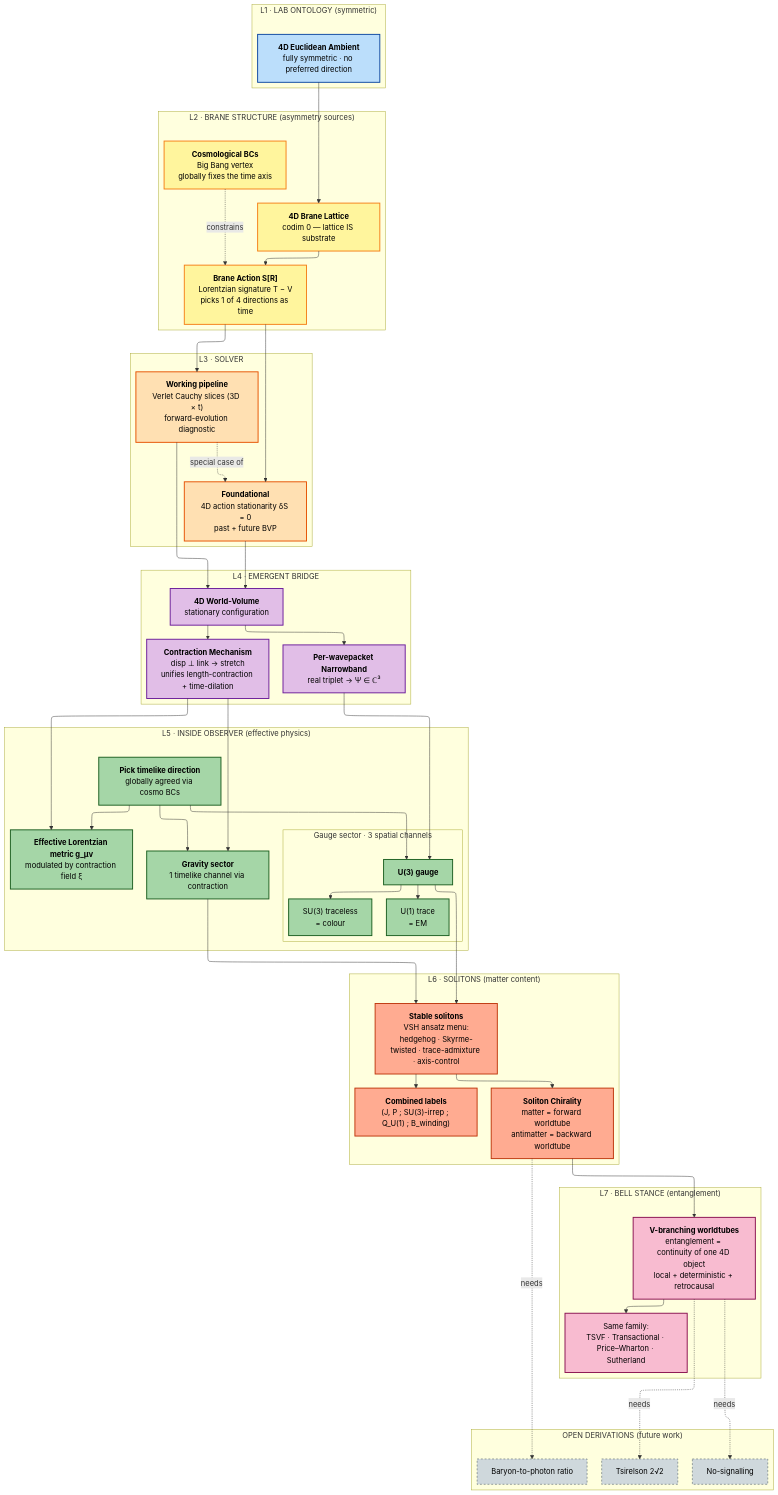
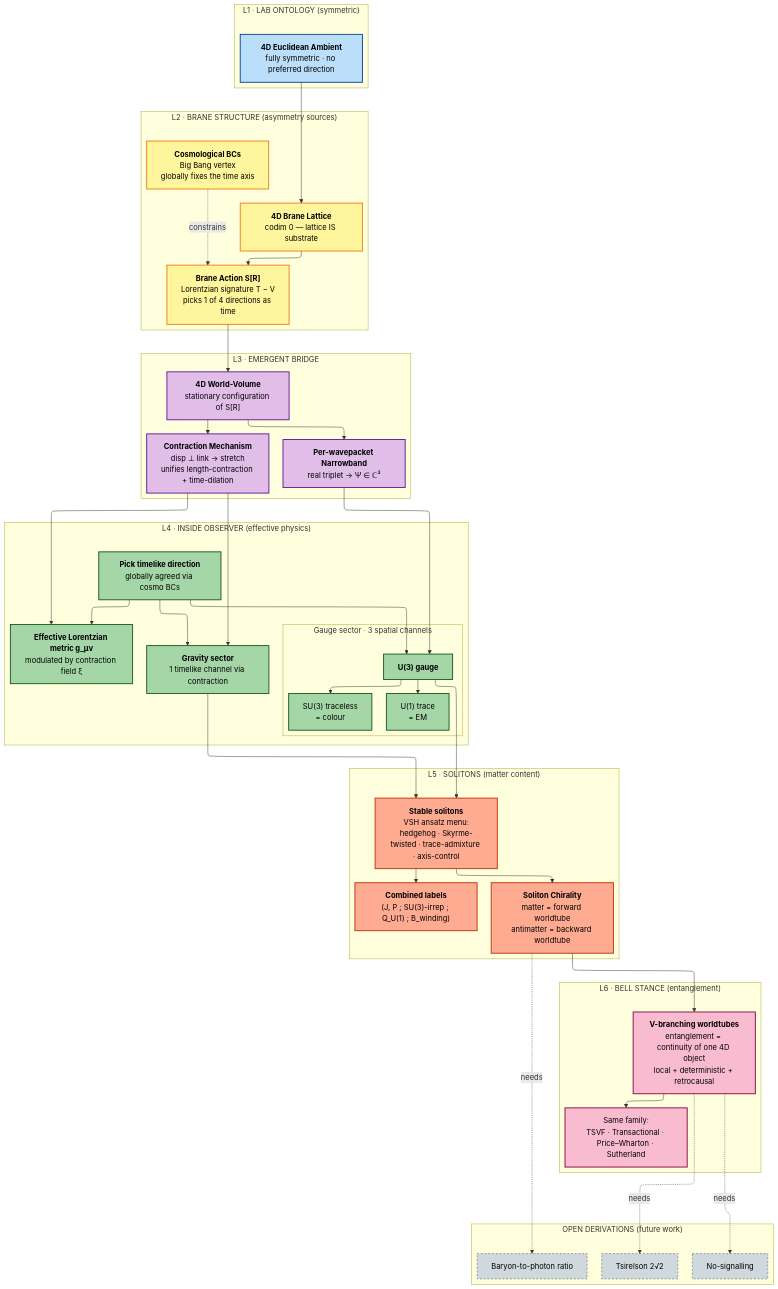
The diagram in paper/diagrams/theory_structure.mmd (LukasMolzberger/BraneSim), drawn with Mermaid before and after one commit. The commit also changed 11 other files, not shown here.

```diff
--- a/paper/diagrams/theory_structure.mmd
+++ b/paper/diagrams/theory_structure.mmd
@@ -1,105 +1,95 @@
 ---
 config:
   layout: elk
   elk:
     nodePlacementStrategy: NETWORK_SIMPLEX
 ---
 %% BraneSim Theory Structure — Current State
-%% Top-down: lab-frame ontology → brane structure → solver → emergent bridge → inside observer → solitons → Bell stance
+%% Top-down: lab-frame ontology → brane structure → emergent bridge → inside observer → solitons → Bell stance
+%% Solvers (Verlet etc.) are diagnostic tools, not theory components, and are deliberately absent.
 
 flowchart TB
     classDef lab fill:#bbdefb,stroke:#0d47a1,stroke-width:2px,color:#000
     classDef brane fill:#fff59d,stroke:#f57f17,stroke-width:2px,color:#000
-    classDef solver fill:#ffe0b2,stroke:#e65100,stroke-width:2px,color:#000
     classDef emergent fill:#e1bee7,stroke:#6a1b9a,stroke-width:2px,color:#000
     classDef inside fill:#a5d6a7,stroke:#1b5e20,stroke-width:2px,color:#000
     classDef soliton fill:#ffab91,stroke:#bf360c,stroke-width:2px,color:#000
     classDef bell fill:#f8bbd0,stroke:#880e4f,stroke-width:2px,color:#000
     classDef open fill:#cfd8dc,stroke:#37474f,stroke-width:1px,stroke-dasharray:4 4,color:#000
 
     subgraph L1["L1 · LAB ONTOLOGY (symmetric)"]
         direction TB
         A1["<b>4D Euclidean Ambient</b><br/>fully symmetric · no preferred direction"]:::lab
     end
 
     subgraph L2["L2 · BRANE STRUCTURE (asymmetry sources)"]
         direction TB
         B1["<b>4D Brane Lattice</b><br/>codim 0 — lattice IS substrate"]:::brane
         B2["<b>Brane Action S[R]</b><br/>Lorentzian signature T − V<br/>picks 1 of 4 directions as time"]:::brane
         B3["<b>Cosmological BCs</b><br/>Big Bang vertex<br/>globally fixes the time axis"]:::brane
         B1 --> B2
         B3 -.constrains.-> B2
     end
 
-    subgraph L3["L3 · SOLVER"]
-        direction LR
-        S1["<b>Foundational</b><br/>4D action stationarity δS = 0<br/>past + future BVP"]:::solver
-        S2["<b>Working pipeline</b><br/>Verlet Cauchy slices (3D × t)<br/>forward-evolution diagnostic"]:::solver
-        S2 -.special case of.-> S1
-    end
-
-    subgraph L4["L4 · EMERGENT BRIDGE"]
+    subgraph L3["L3 · EMERGENT BRIDGE"]
         direction TB
-        E1["<b>4D World-Volume</b><br/>stationary configuration"]:::emergent
+        E1["<b>4D World-Volume</b><br/>stationary configuration of S[R]"]:::emergent
         E2["<b>Contraction Mechanism</b><br/>disp ⊥ link → stretch<br/>unifies length-contraction + time-dilation"]:::emergent
         E3["<b>Per-wavepacket Narrowband</b><br/>real triplet → Ψ ∈ ℂ³"]:::emergent
         E1 --> E2
         E1 --> E3
     end
 
-    subgraph L5["L5 · INSIDE OBSERVER (effective physics)"]
+    subgraph L4["L4 · INSIDE OBSERVER (effective physics)"]
         direction TB
         I1["<b>Pick timelike direction</b><br/>globally agreed via cosmo BCs"]:::inside
         I2["<b>Effective Lorentzian metric g_μν</b><br/>modulated by contraction field ξ"]:::inside
         subgraph GAUGE["Gauge sector · 3 spatial channels"]
             direction TB
             I3["<b>U(3) gauge</b>"]:::inside
             I4["U(1) trace<br/>= EM"]:::inside
             I5["SU(3) traceless<br/>= colour"]:::inside
             I3 --> I4
             I3 --> I5
         end
         I6["<b>Gravity sector</b><br/>1 timelike channel via contraction"]:::inside
         I1 --> I2
         I1 --> I3
         I1 --> I6
     end
 
-    subgraph L6["L6 · SOLITONS (matter content)"]
+    subgraph L5["L5 · SOLITONS (matter content)"]
         direction TB
         P1["<b>Stable solitons</b><br/>VSH ansatz menu:<br/>hedgehog · Skyrme-twisted · trace-admixture · axis-control"]:::soliton
         P2["<b>Combined labels</b><br/>(J, P ; SU(3)-irrep ; Q_U(1) ; B_winding)"]:::soliton
         P3["<b>Soliton Chirality</b><br/>matter = forward worldtube<br/>antimatter = backward worldtube"]:::soliton
         P1 --> P2
         P1 --> P3
     end
 
-    subgraph L7["L7 · BELL STANCE (entanglement)"]
+    subgraph L6["L6 · BELL STANCE (entanglement)"]
         direction TB
         T1["<b>V-branching worldtubes</b><br/>entanglement = continuity of one 4D object<br/>local + deterministic + retrocausal"]:::bell
         T2["Same family:<br/>TSVF · Transactional · Price–Wharton · Sutherland"]:::bell
         T1 --> T2
     end
 
     subgraph OPEN["OPEN DERIVATIONS (future work)"]
         direction LR
         O1["Tsirelson 2√2"]:::open
         O2["No-signalling"]:::open
         O3["Baryon-to-photon ratio"]:::open
     end
 
     %% Inter-layer edges
     A1 --> B1
-    B2 --> S1
-    B2 --> S2
-    S1 --> E1
-    S2 --> E1
+    B2 --> E1
     E2 --> I2
     E2 --> I6
     E3 --> I3
     I3 --> P1
     I6 --> P1
     P3 --> T1
     T1 -.needs.-> O1
     T1 -.needs.-> O2
     P3 -.needs.-> O3
```
